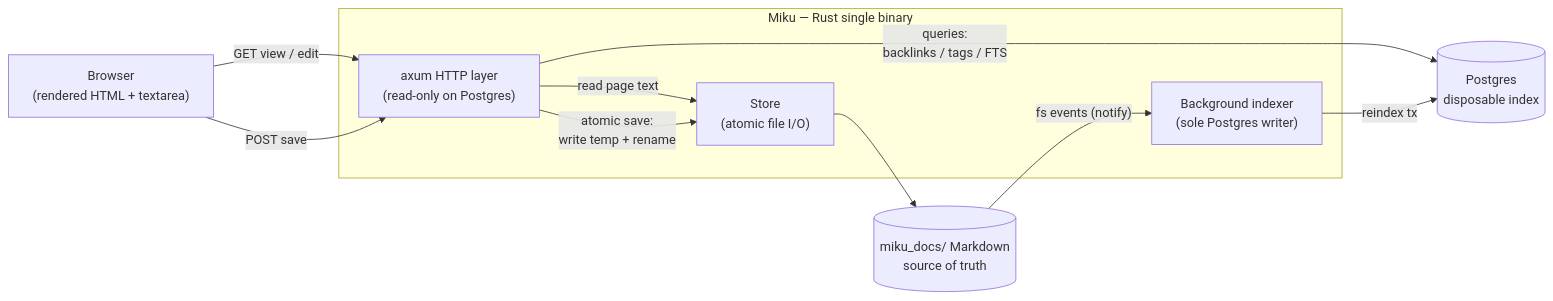
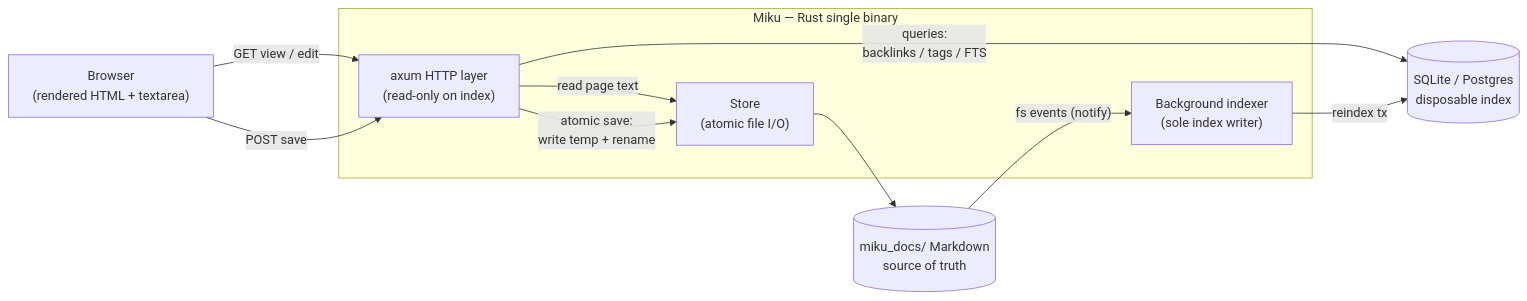
Before and after one commit to azusachino/miku: the first of 8 diagrams in docs/dataflow.md, drawn with Mermaid. The commit also changed other lines of this file and 31 other files, not shown here.

Commit message:
feat: keep v0.0.2 file tree read-only

````diff
--- a/docs/dataflow.md
+++ b/docs/dataflow.md
@@ -9,22 +11,22 @@
 ```mermaid
 flowchart LR
   Browser["Browser<br/>(rendered HTML + textarea)"]
 
   subgraph Server["Miku — Rust single binary"]
-    HTTP["axum HTTP layer<br/>(read-only on Postgres)"]
+    HTTP["axum HTTP layer<br/>(read-only on index)"]
     Store["Store<br/>(atomic file I/O)"]
-    Indexer["Background indexer<br/>(sole Postgres writer)"]
+    Indexer["Background indexer<br/>(sole index writer)"]
   end
 
   FS[("miku_docs/ Markdown<br/>source of truth")]
-  PG[("Postgres<br/>disposable index")]
+  PG[("SQLite / Postgres<br/>disposable index")]
 
   Browser -->|"GET view / edit"| HTTP
   Browser -->|"POST save"| HTTP
   HTTP -->|"read page text"| Store
   HTTP -->|"queries:<br/>backlinks / tags / FTS"| PG
   HTTP -->|"atomic save:<br/>write temp + rename"| Store
   Store --> FS
   FS -->|"fs events (notify)"| Indexer
   Indexer -->|"reindex tx"| PG
 ```
````
